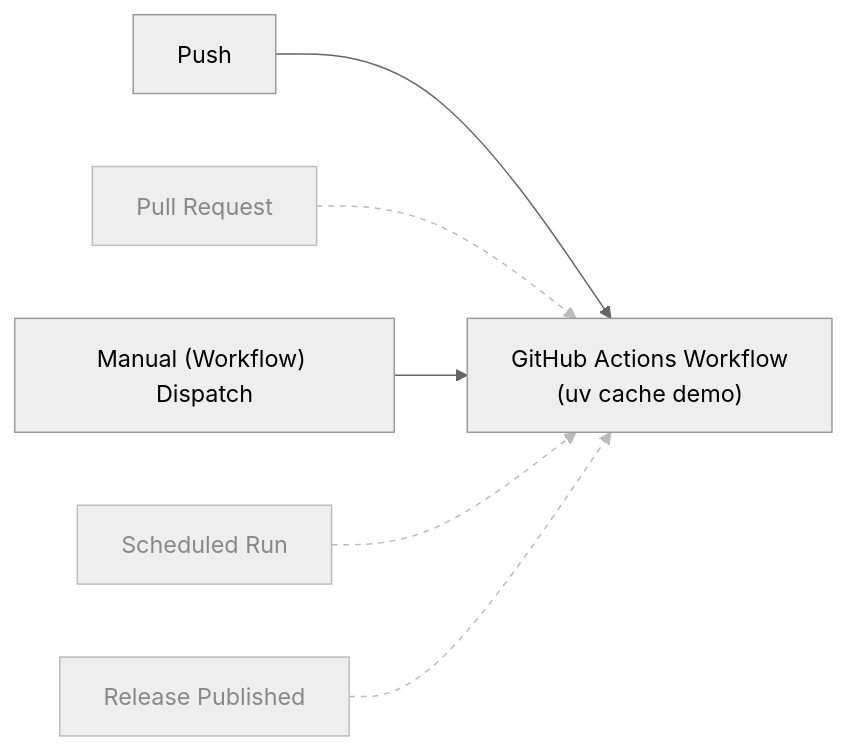
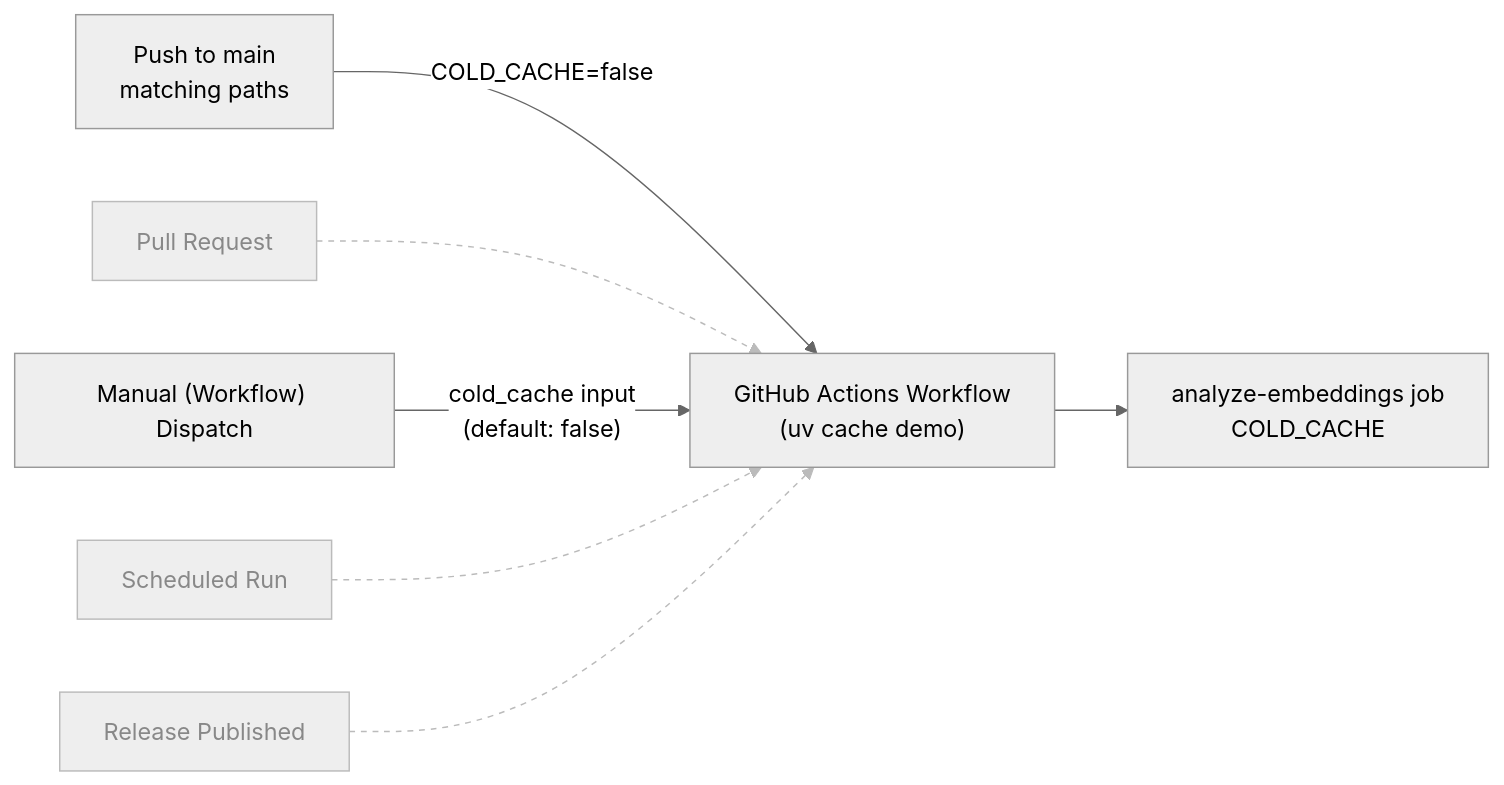
Before and after one commit to ValentinTwin1206/modern-python-devops-egineering: the second of 3 diagrams in docs/chapter-03/section-03/uv_cache_ci.md, drawn with Mermaid (neutral theme). The commit also changed other lines of this file, not shown here.

````diff
--- a/docs/chapter-03/section-03/uv_cache_ci.md
+++ b/docs/chapter-03/section-03/uv_cache_ci.md
@@ -57,12 +60,13 @@
 ```mermaid
 flowchart LR
-    A["Push"] --> W["GitHub Actions Workflow <br>(uv cache demo)</br>"]
+    A["Push to main<br>matching paths"] -->|"COLD_CACHE=false"| W["GitHub Actions Workflow<br>(uv cache demo)"]
     B["Pull Request"] --> W
-    C["Manual (Workflow) Dispatch"] --> W
+    C["Manual (Workflow) Dispatch"] -->|"cold_cache input<br>(default: false)"| W
     D["Scheduled Run"] --> W
     E["Release Published"] --> W
+    W --> J["analyze-embeddings job<br>COLD_CACHE"]
 
     classDef unused fill:#eee,stroke:#bbb,color:#888
     class B,D,E unused
     linkStyle 1,3,4 stroke:#bbb,stroke-dasharray:4 4
 ```
````
